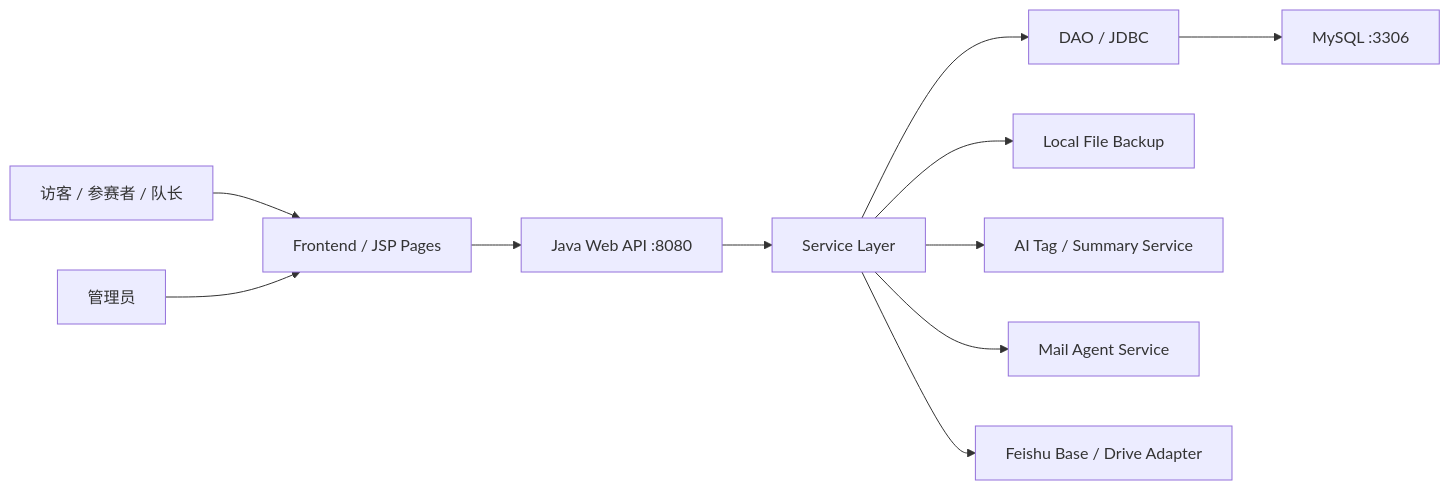
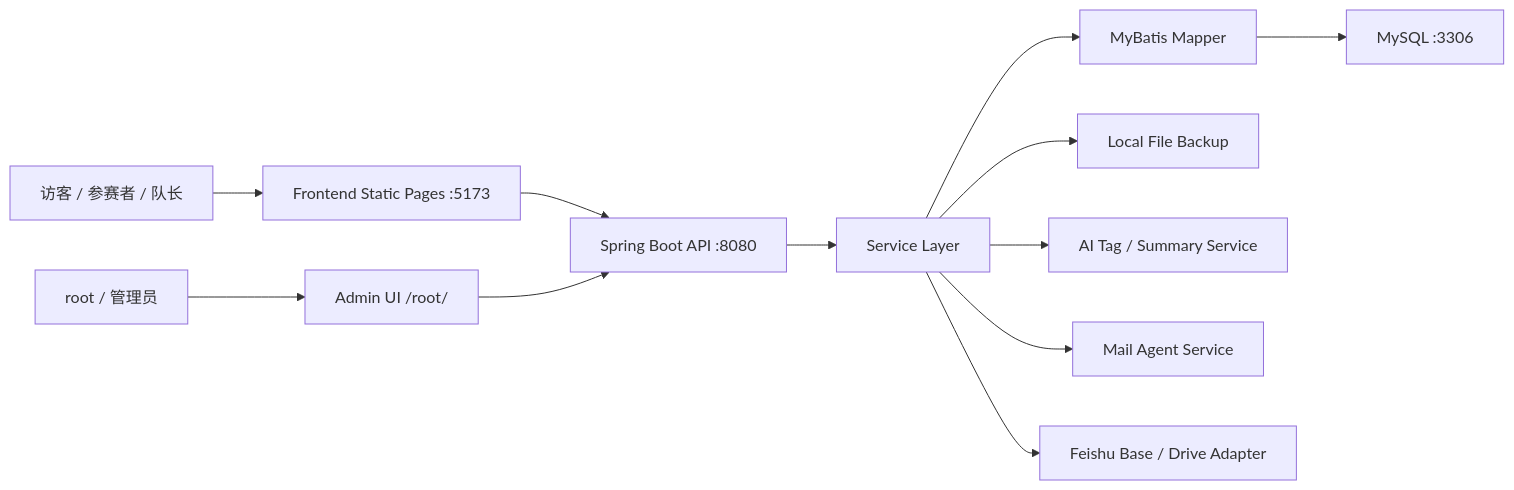
Before and after one commit to chenheping975-lab/ignai_hackthon: the diagram in docs/01-概要设计.md, drawn with Mermaid. The commit also changed other lines of this file and 11 other files, not shown here.

````diff
--- a/docs/01-概要设计.md
+++ b/docs/01-概要设计.md
@@ -5,13 +8,14 @@
 ```mermaid
 flowchart LR
-  U["访客 / 参赛者 / 队长"] --> FE["Frontend / JSP Pages"]
-  A["管理员"] --> FE
-  FE --> API["Java Web API :8080"]
+  U["访客 / 参赛者 / 队长"] --> FE["Frontend Static Pages :5173"]
+  R["root / 管理员"] --> ROOT["Admin UI /root/"]
+  FE --> API["Spring Boot API :8080"]
+  ROOT --> API
   API --> SVC["Service Layer"]
-  SVC --> DAO["DAO / JDBC"]
-  DAO --> DB["MySQL :3306"]
+  SVC --> MAPPER["MyBatis Mapper"]
+  MAPPER --> DB["MySQL :3306"]
   SVC --> FILE["Local File Backup"]
   SVC --> AI["AI Tag / Summary Service"]
   SVC --> MAIL["Mail Agent Service"]
   SVC --> FEISHU["Feishu Base / Drive Adapter"]
 ```
````
